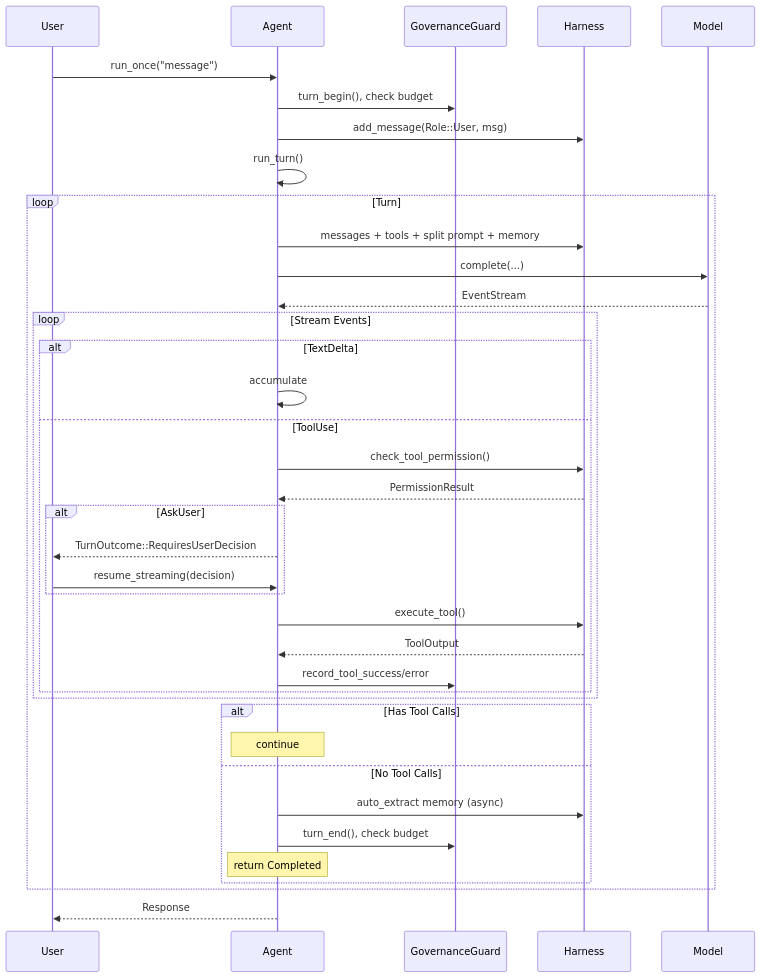
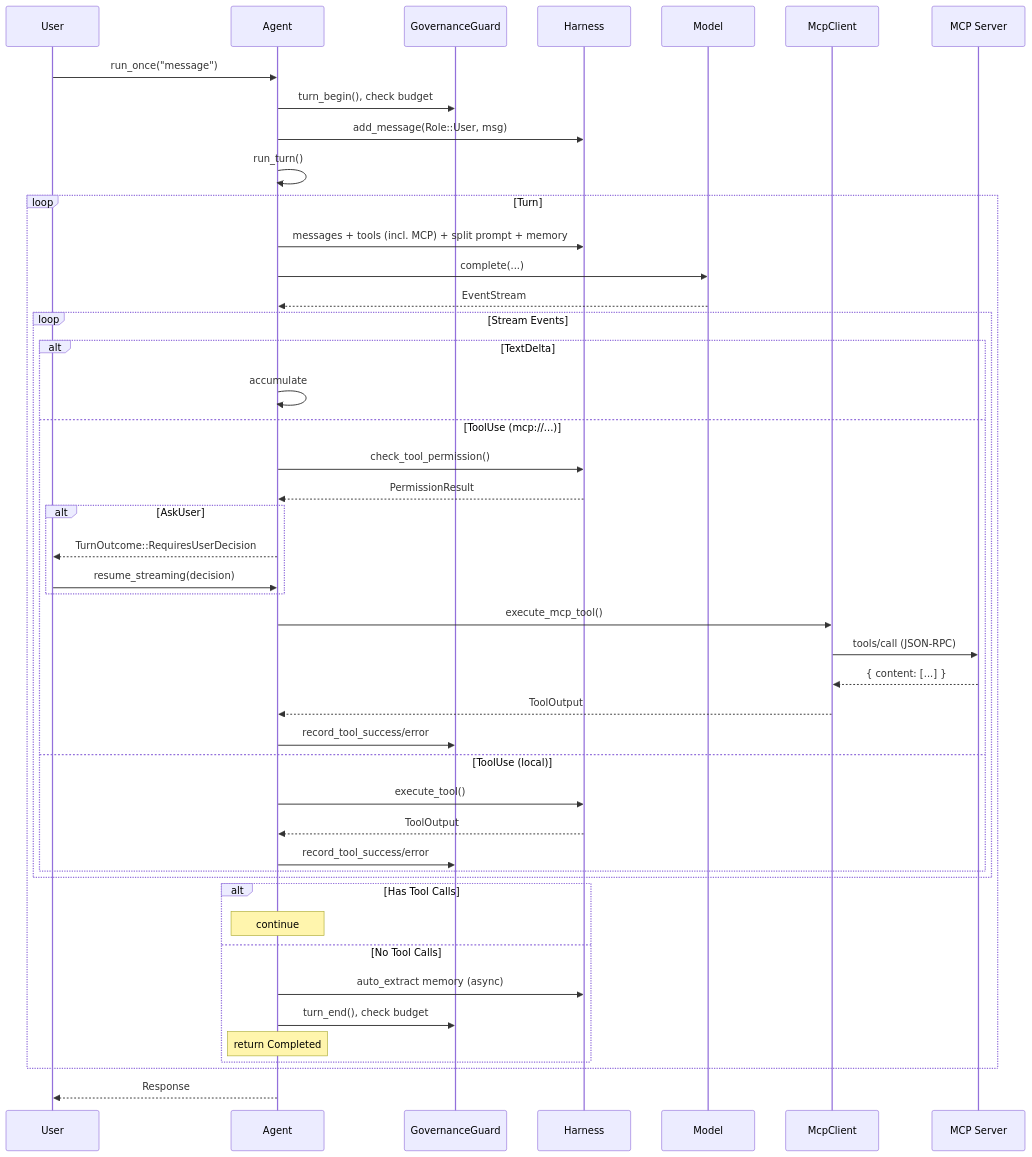
The fourth of 4 diagrams in docs/fox_agent_sdk_prd.md (nickma80/fox-agent-sdk), drawn with Mermaid before and after one commit. The commit also changed other lines of this file and 17 other files, not shown here.

````diff
--- a/docs/fox_agent_sdk_prd.md
+++ b/docs/fox_agent_sdk_prd.md
@@ -416,44 +715,52 @@
 ```mermaid
 sequenceDiagram
     participant U as User
     participant A as Agent
     participant G as GovernanceGuard
     participant H as Harness
     participant M as Model
+    participant MC as McpClient
+    participant MS as MCP Server
 
     U->>A: run_once("message")
     A->>G: turn_begin(), check budget
     A->>H: add_message(Role::User, msg)
     A->>A: run_turn()
 
     loop Turn
-        A->>H: messages + tools + split prompt + memory
+        A->>H: messages + tools (incl. MCP) + split prompt + memory
         A->>M: complete(...)
         M-->>A: EventStream
 
         loop Stream Events
             alt TextDelta
                 A->>A: accumulate
-            else ToolUse
+            else ToolUse (mcp://...)
                 A->>H: check_tool_permission()
                 H-->>A: PermissionResult
                 alt AskUser
                     A-->>U: TurnOutcome::RequiresUserDecision
                     U->>A: resume_streaming(decision)
                 end
+                A->>MC: execute_mcp_tool()
+                MC->>MS: tools/call (JSON-RPC)
+                MS-->>MC: { content: [...] }
+                MC-->>A: ToolOutput
+                A->>G: record_tool_success/error
+            else ToolUse (local)
                 A->>H: execute_tool()
                 H-->>A: ToolOutput
                 A->>G: record_tool_success/error
             end
         end
 
         alt Has Tool Calls
             Note over A: continue
         else No Tool Calls
             A->>H: auto_extract memory (async)
             A->>G: turn_end(), check budget
             Note over A: return Completed
         end
     end
     A-->>U: Response
 ```
````
